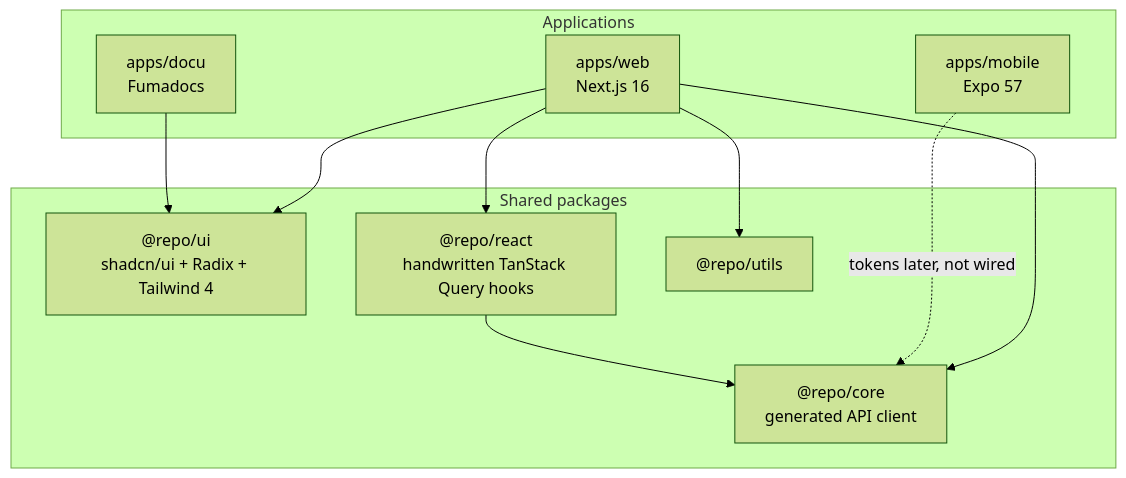
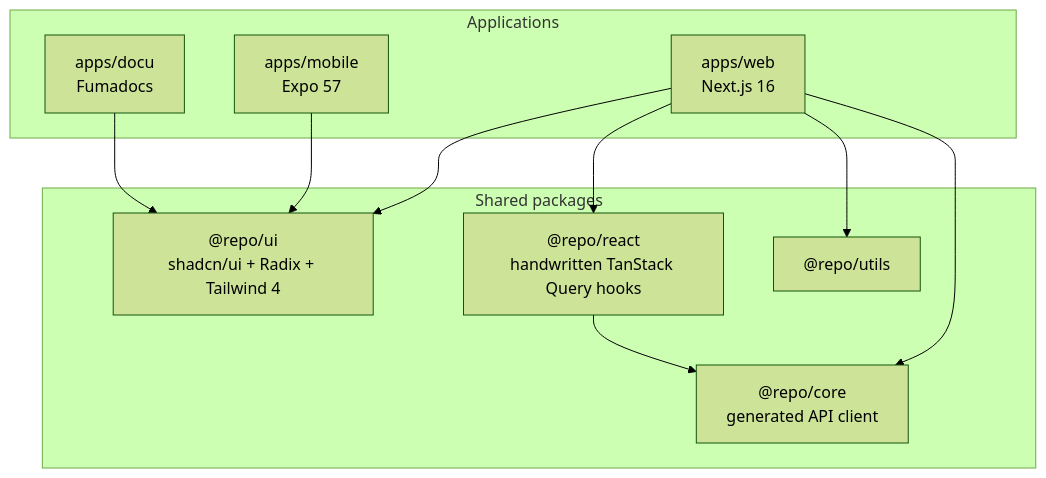
One commit to blockmatic/basilic changed the diagram in apps/docu/content/docs/architecture/frontend.mdx. Above: the diagram before and after it, drawn with Mermaid (forest theme). The commit also changed 24 other files, not shown here.

````diff
--- a/apps/docu/content/docs/architecture/frontend.mdx
+++ b/apps/docu/content/docs/architecture/frontend.mdx
@@ -10,23 +10,23 @@
 ```mermaid
 flowchart TB
   subgraph Apps["Applications"]
     Web["apps/web<br/>Next.js 16"]
     Mobile["apps/mobile<br/>Expo 57"]
     Docs["apps/docu<br/>Fumadocs"]
   end
 
   subgraph Packages["Shared packages"]
     UI["@repo/ui<br/>shadcn/ui + Radix + Tailwind 4"]
     React["@repo/react<br/>handwritten TanStack Query hooks"]
     Core["@repo/core<br/>generated API client"]
     Utils["@repo/utils"]
   end
 
   Web --> UI
   Web --> React
   Web --> Core
   Web --> Utils
-  Mobile -.->|"tokens later, not wired"| Core
+  Mobile --> UI
   Docs --> UI
   React --> Core
 ```
````
